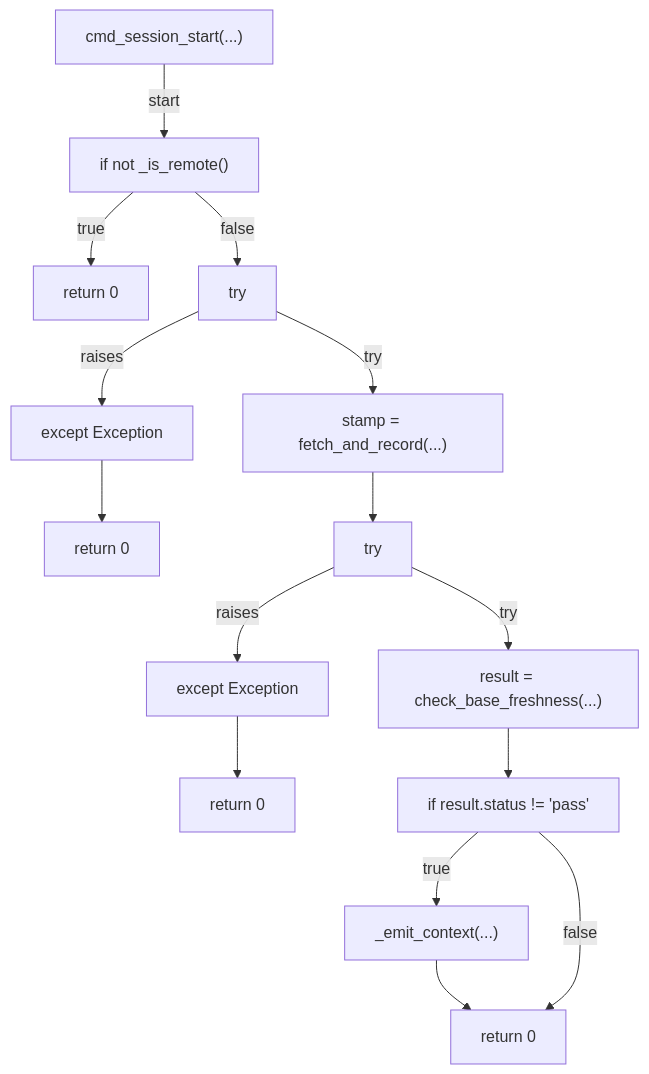
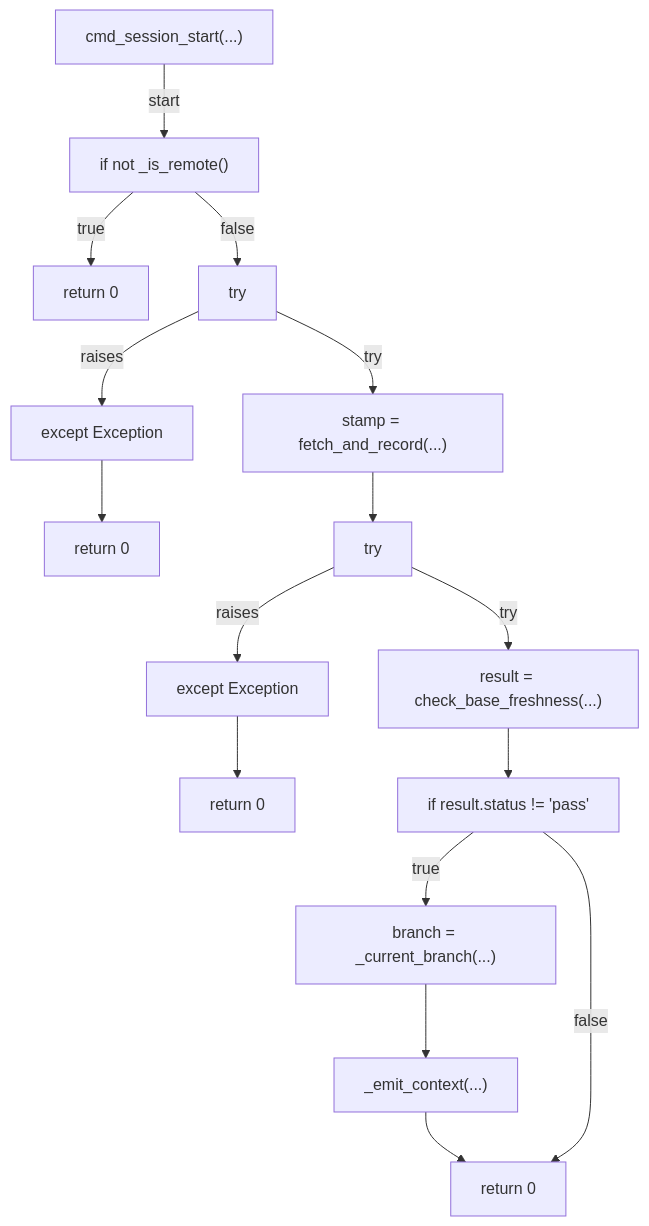
One commit to tvna/claude-md changed the eighth of 11 diagrams in docs/generated/scripts/ast/preflight_session_base_freshness.md. Above: the diagram before and after it, drawn with Mermaid. The commit also changed other lines of this file and 1 other file, not shown here.

First line of the commit message:
docs(generated): regenerate decision tree and workflow diagrams

````diff
--- a/docs/generated/scripts/ast/preflight_session_base_freshness.md
+++ b/docs/generated/scripts/ast/preflight_session_base_freshness.md
@@ -72,31 +122,33 @@
 ```mermaid
 flowchart TD
     N001["cmd_session_start(...)"]
     N002["if not _is_remote()"]
     N003["return 0"]
     N004["try"]
     N005["stamp = fetch_and_record(...)"]
     N006["except Exception"]
     N007["return 0"]
     N008["try"]
     N009["result = check_base_freshness(...)"]
     N010["except Exception"]
     N011["return 0"]
     N012["if result.status != 'pass'"]
-    N013["_emit_context(...)"]
-    N014["return 0"]
+    N013["branch = _current_branch(...)"]
+    N014["_emit_context(...)"]
+    N015["return 0"]
     N001 -->|"start"| N002
     N002 -->|"true"| N003
     N002 -->|"false"| N004
     N004 -->|"try"| N005
     N004 -->|"raises"| N006
     N006 --> N007
     N005 --> N008
     N008 -->|"try"| N009
     N008 -->|"raises"| N010
     N010 --> N011
     N009 --> N012
     N012 -->|"true"| N013
     N013 --> N014
-    N012 -->|"false"| N014
+    N014 --> N015
+    N012 -->|"false"| N015
 ```
````
